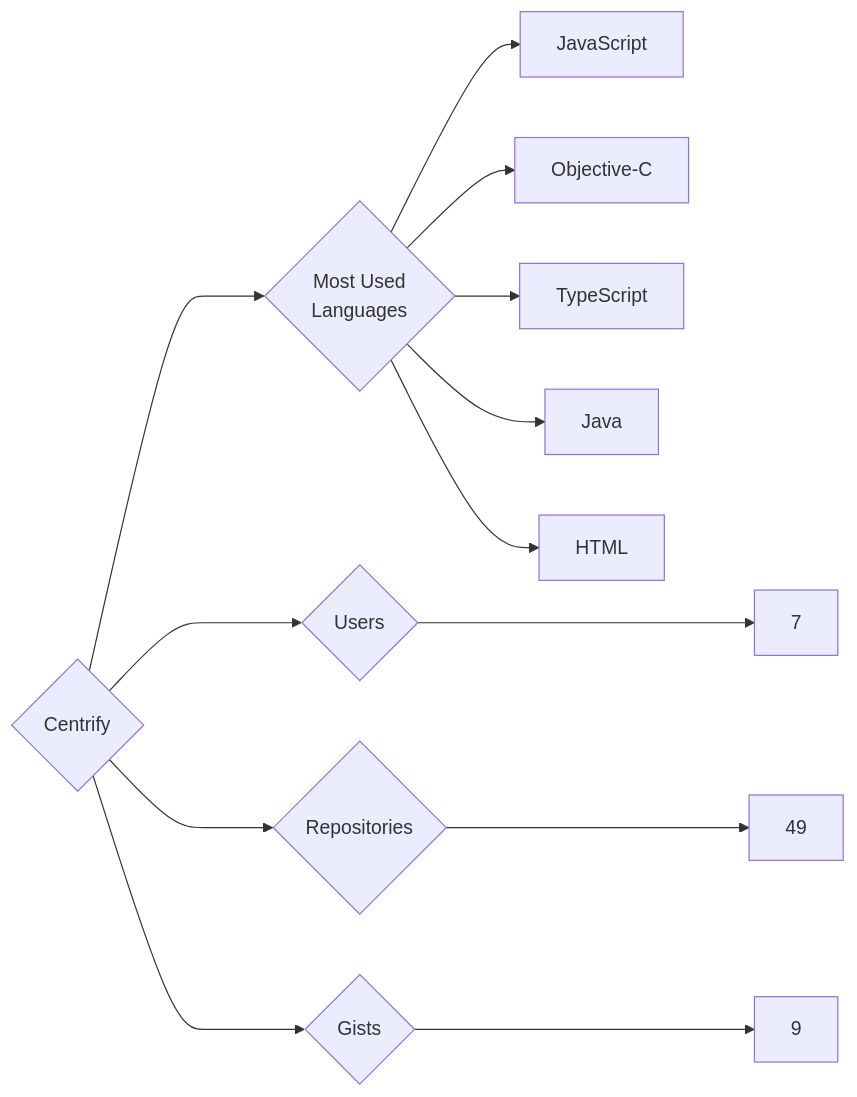
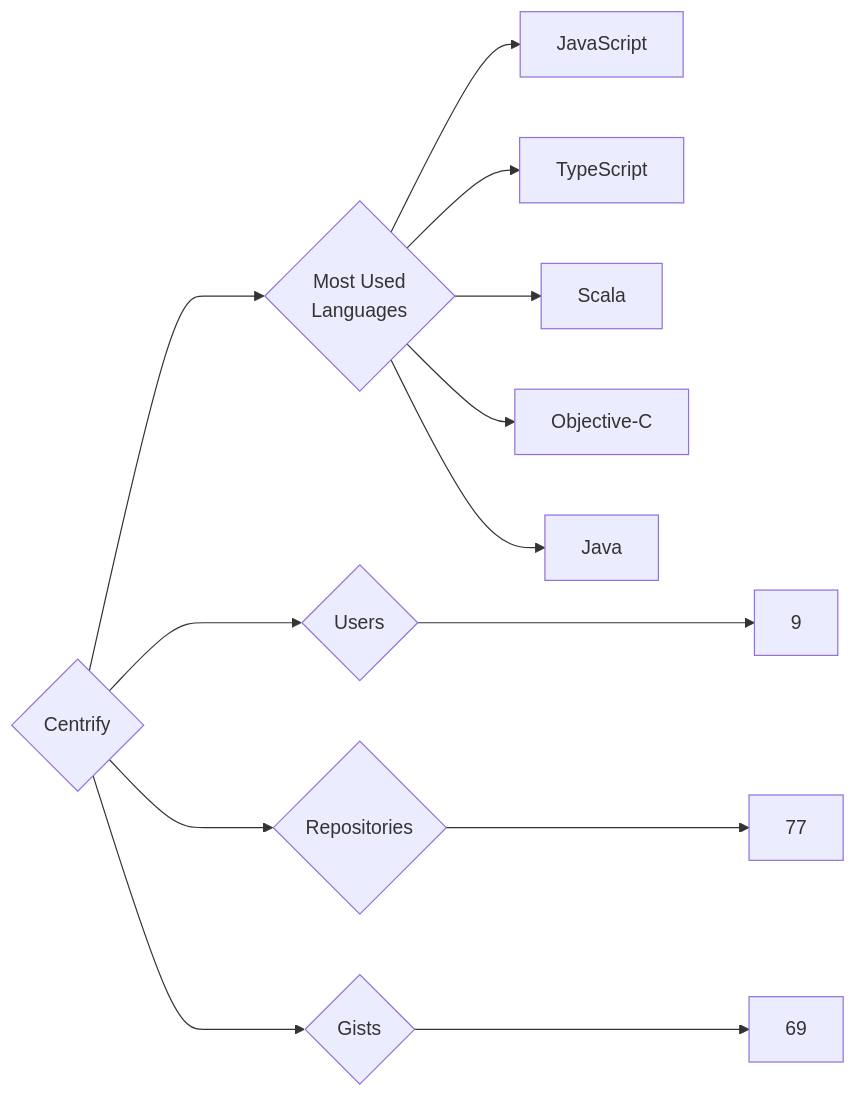
One commit to trickest/insiders changed the diagram in targets/Centrify/README.md. Above: the diagram before and after it, drawn with Mermaid. The commit also changed 611 other files, not shown here.

````diff
--- a/targets/Centrify/README.md
+++ b/targets/Centrify/README.md
@@ -3,13 +3,13 @@
 ```mermaid
 graph LR
 COMPANY_NAME{Centrify}
-COMPANY_NAME ---> U{Users} ---> UN[7]
-COMPANY_NAME ---> R{Repositories} ---> RN[49]
-COMPANY_NAME ---> G{Gists} ---> GN[9]
+COMPANY_NAME ---> U{Users} ---> UN[9]
+COMPANY_NAME ---> R{Repositories} ---> RN[77]
+COMPANY_NAME ---> G{Gists} ---> GN[69]
 COMPANY_NAME ---> ML{Most Used<br>Languages}
 ML --> JavaScript[JavaScript]
+ML --> TypeScript[TypeScript]
+ML --> Scala[Scala]
 ML --> Objective-C[Objective-C]
-ML --> TypeScript[TypeScript]
 ML --> Java[Java]
-ML --> HTML[HTML]
 ```
````
